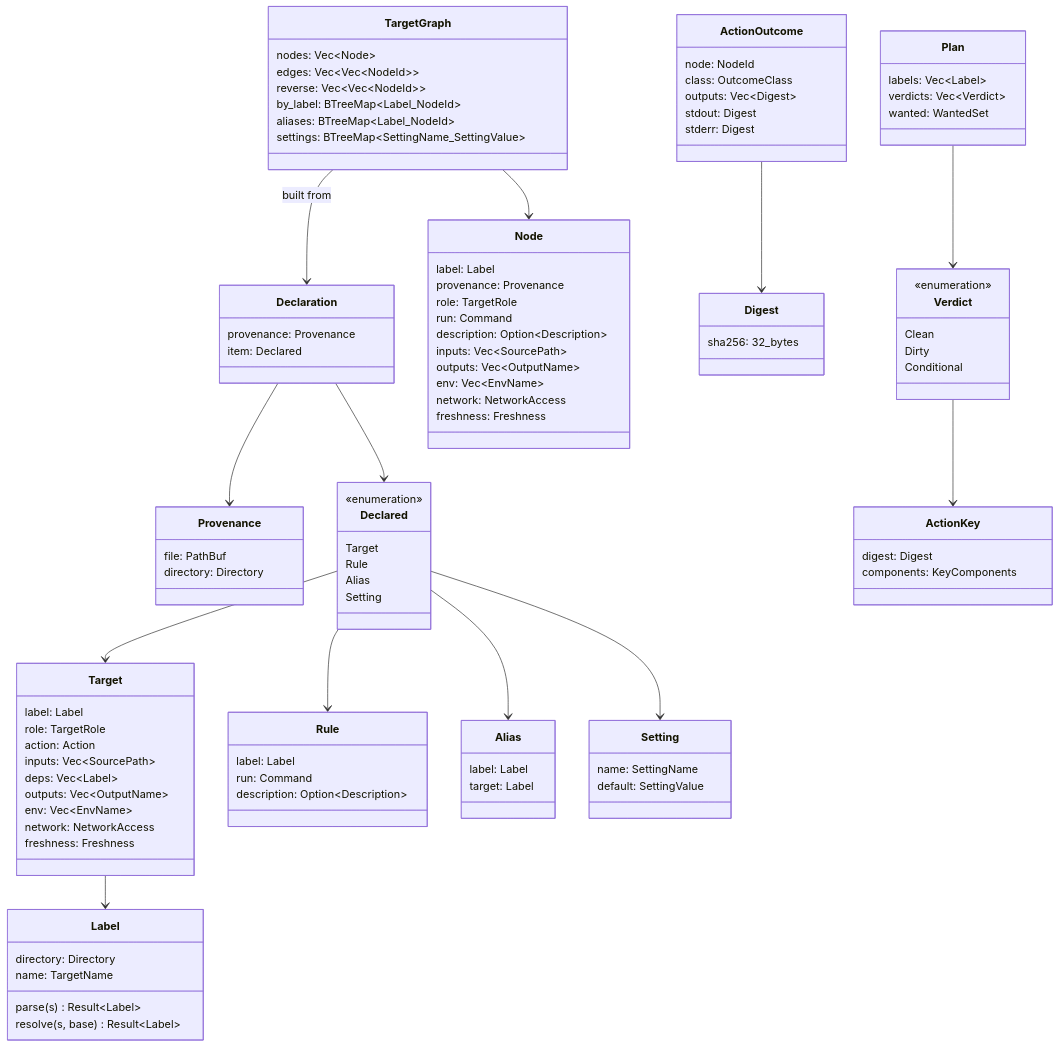
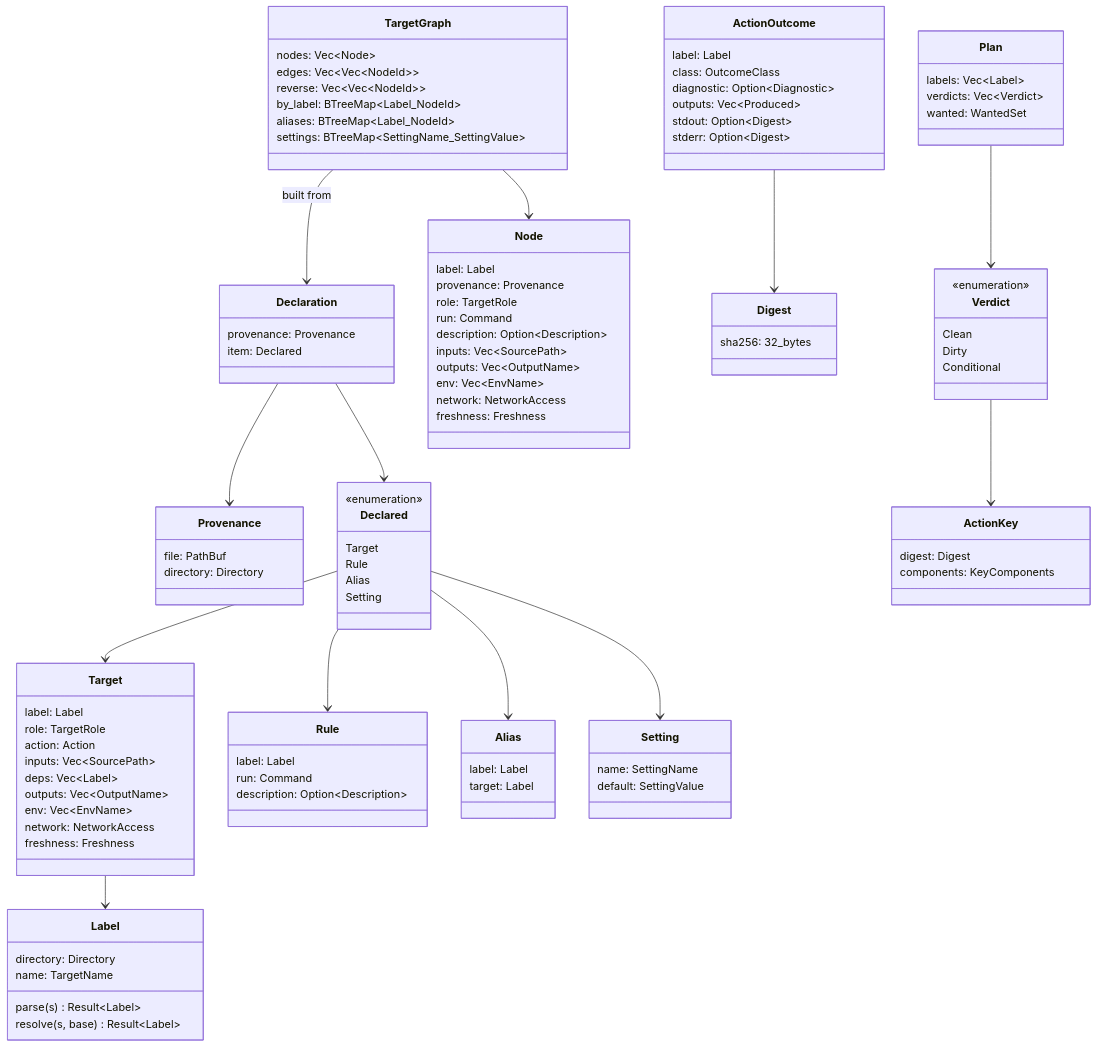
Before and after one commit to airsstack/buildl: the second of 3 diagrams in docs/architecture.md, drawn with Mermaid. The commit also changed other lines of this file and 53 other files, not shown here.

```diff
--- a/docs/architecture.md
+++ b/docs/architecture.md
@@ -132,11 +132,12 @@
         Conditional
     }
     class ActionOutcome {
-        node: NodeId
+        label: Label
         class: OutcomeClass
-        outputs: Vec~Digest~
-        stdout: Digest
-        stderr: Digest
+        diagnostic: Option~Diagnostic~
+        outputs: Vec~Produced~
+        stdout: Option~Digest~
+        stderr: Option~Digest~
     }
     Declaration --> Provenance
     Declaration --> Declared
```
